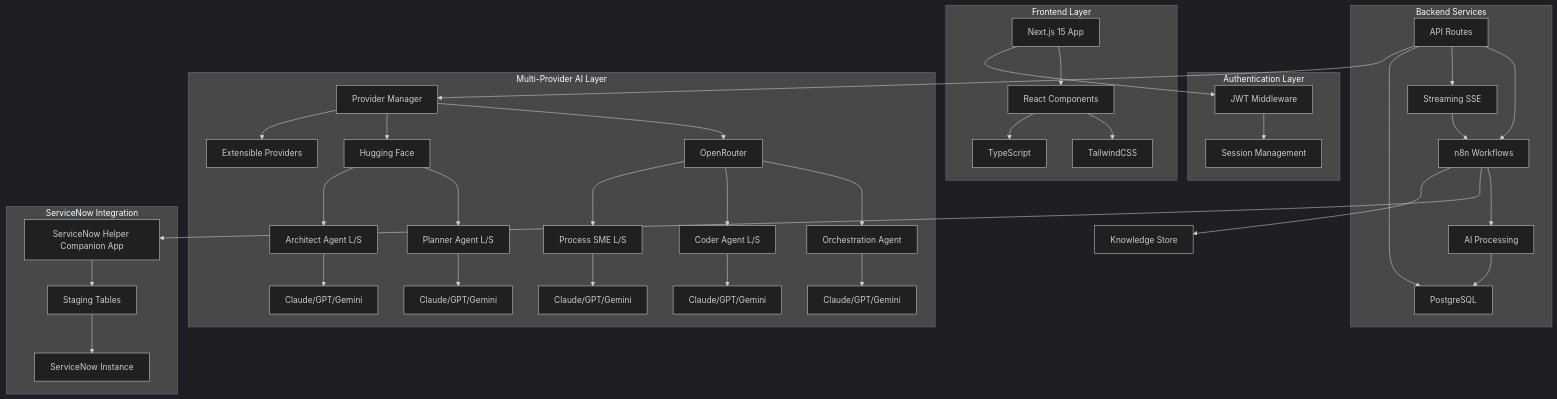
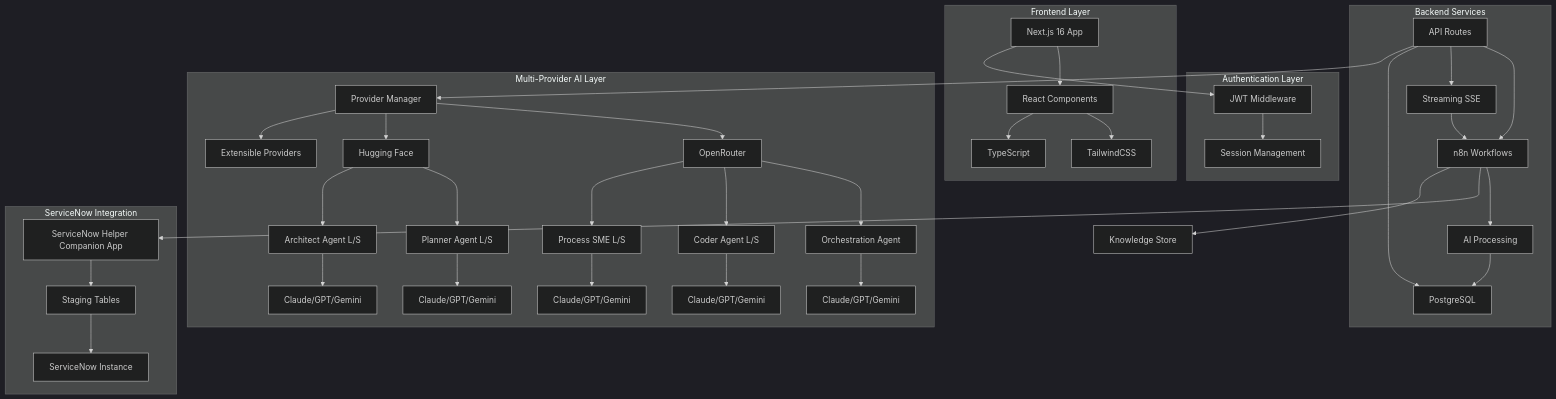
One commit to DanielMadsenDK/servicenow-helper changed the first of 4 diagrams in docs/ARCHITECTURE.md. Above: the diagram before and after it, drawn with Mermaid (dark theme). The commit also changed other lines of this file and 12 other files, not shown here.

````diff
--- a/docs/ARCHITECTURE.md
+++ b/docs/ARCHITECTURE.md
@@ -26,47 +26,47 @@
 ```mermaid
 graph TB
     subgraph "Frontend Layer"
-        A[Next.js 15 App] --> B[React Components]
+        A[Next.js 16 App] --> B[React Components]
         B --> C[TailwindCSS]
         B --> D[TypeScript]
     end
 
     subgraph "Authentication Layer"
         E[JWT Middleware] --> F[Session Management]
     end
 
     subgraph "Backend Services"
         H[API Routes] --> I[n8n Workflows]
         H --> G[Streaming SSE]
         I --> J[AI Processing]
         G --> I
         H --> K[PostgreSQL]
     end
 
     subgraph "Multi-Provider AI Layer"
         L[Provider Manager] --> OR[OpenRouter]
         L --> HF[Hugging Face]
         L --> EX[Extensible Providers]
         OR --> M[Orchestration Agent]
         HF --> N[Planner Agent L/S]
         OR --> O[Coder Agent L/S]
         HF --> AR[Architect Agent L/S]
         OR --> SI[Process SME L/S]
         M --> P[Claude/GPT/Gemini]
         N --> Q[Claude/GPT/Gemini]
         O --> R[Claude/GPT/Gemini]
         AR --> ARMOD[Claude/GPT/Gemini]
         SI --> SIM[Claude/GPT/Gemini]
     end
 
     subgraph "ServiceNow Integration"
         SN[ServiceNow Helper Companion App] --> T[Staging Tables]
         T --> U[ServiceNow Instance]
         I --> SN
     end
 
     A --> E
     H --> L
     J --> K
     I --> S[Knowledge Store]
 ```
````
